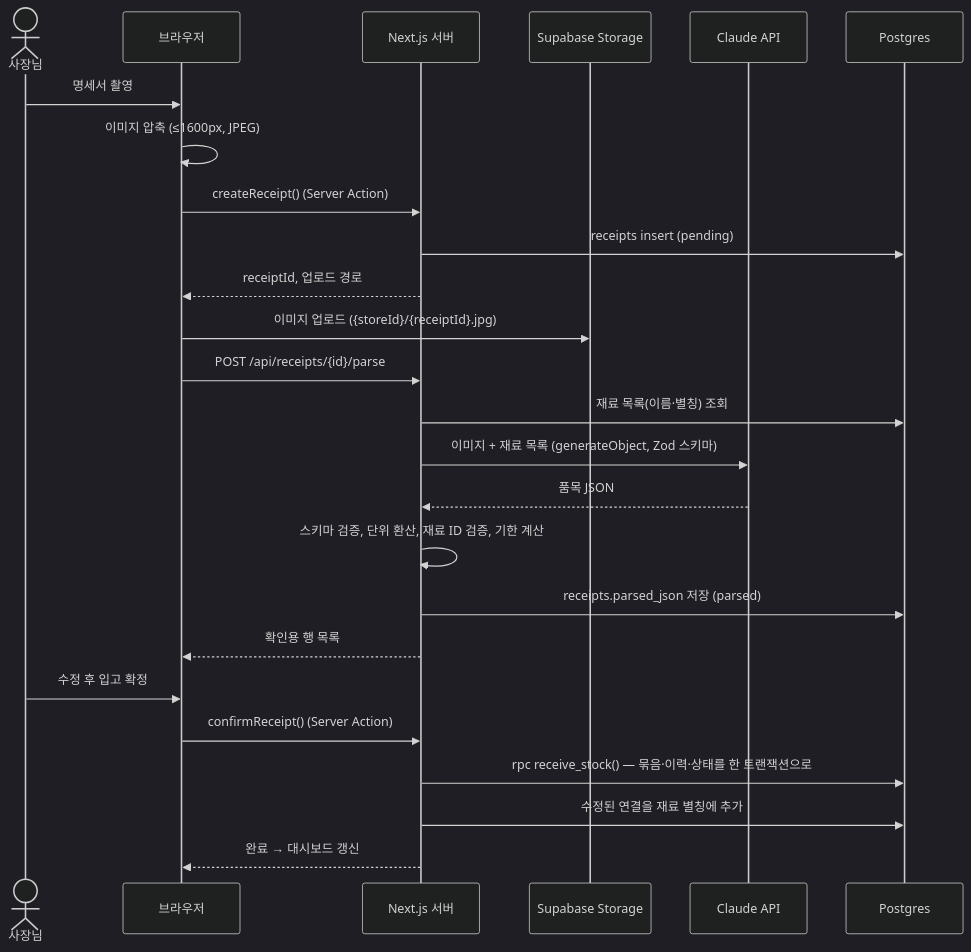
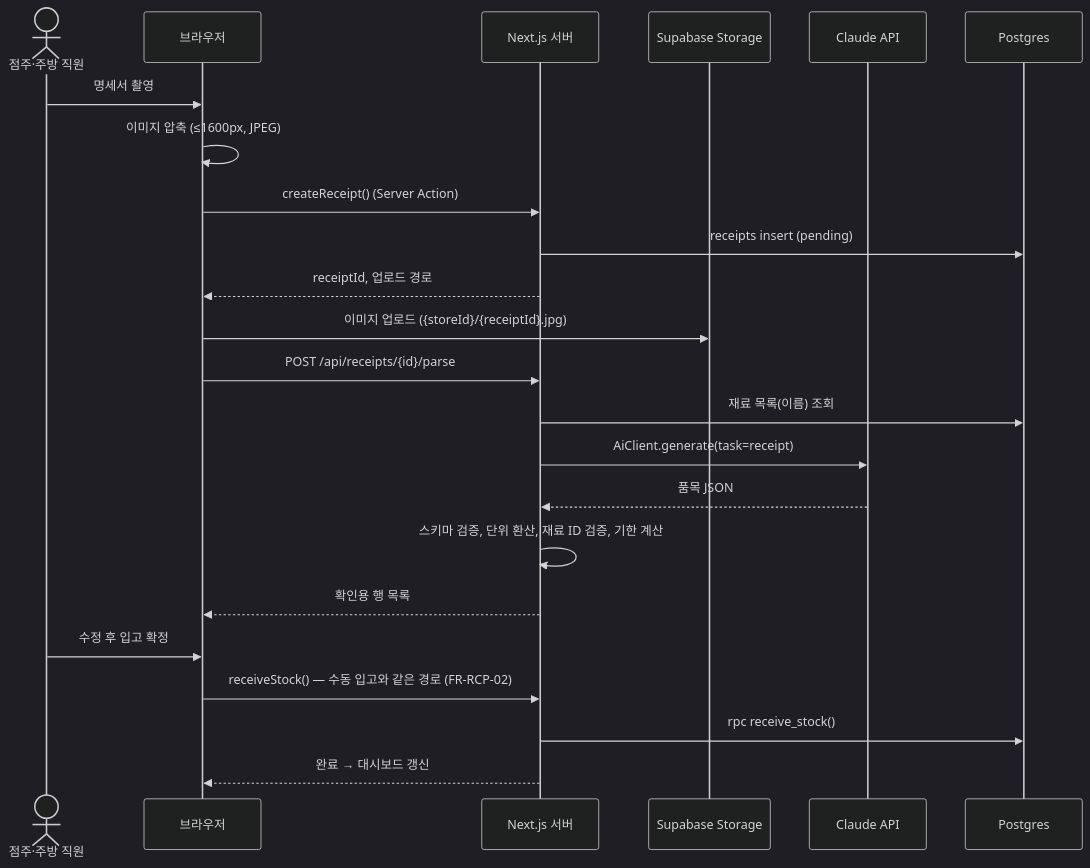
The first of 6 diagrams in docs/06_ARCHITECTURE.md (semicolon213/infood), drawn with Mermaid (dark theme) before and after one commit. The commit also changed other lines of this file and 8 other files, not shown here.

````diff
--- a/docs/06_ARCHITECTURE.md
+++ b/docs/06_ARCHITECTURE.md
@@ -104,28 +112,26 @@
 ```mermaid
 sequenceDiagram
-    actor U as 사장님
+    actor U as 점주·주방 직원
     participant C as 브라우저
     participant S as Next.js 서버
     participant ST as Supabase Storage
     participant AI as Claude API
     participant DB as Postgres
 
     U->>C: 명세서 촬영
     C->>C: 이미지 압축 (≤1600px, JPEG)
     C->>S: createReceipt() (Server Action)
     S->>DB: receipts insert (pending)
     S-->>C: receiptId, 업로드 경로
     C->>ST: 이미지 업로드 ({storeId}/{receiptId}.jpg)
     C->>S: POST /api/receipts/{id}/parse
-    S->>DB: 재료 목록(이름·별칭) 조회
-    S->>AI: 이미지 + 재료 목록 (generateObject, Zod 스키마)
+    S->>DB: 재료 목록(이름) 조회
+    S->>AI: AiClient.generate(task=receipt)
     AI-->>S: 품목 JSON
     S->>S: 스키마 검증, 단위 환산, 재료 ID 검증, 기한 계산
-    S->>DB: receipts.parsed_json 저장 (parsed)
     S-->>C: 확인용 행 목록
     U->>C: 수정 후 입고 확정
-    C->>S: confirmReceipt() (Server Action)
-    S->>DB: rpc receive_stock() — 묶음·이력·상태를 한 트랜잭션으로
-    S->>DB: 수정된 연결을 재료 별칭에 추가
+    C->>S: receiveStock() — 수동 입고와 같은 경로 (FR-RCP-02)
+    S->>DB: rpc receive_stock()
     S-->>C: 완료 → 대시보드 갱신
 ```
````
